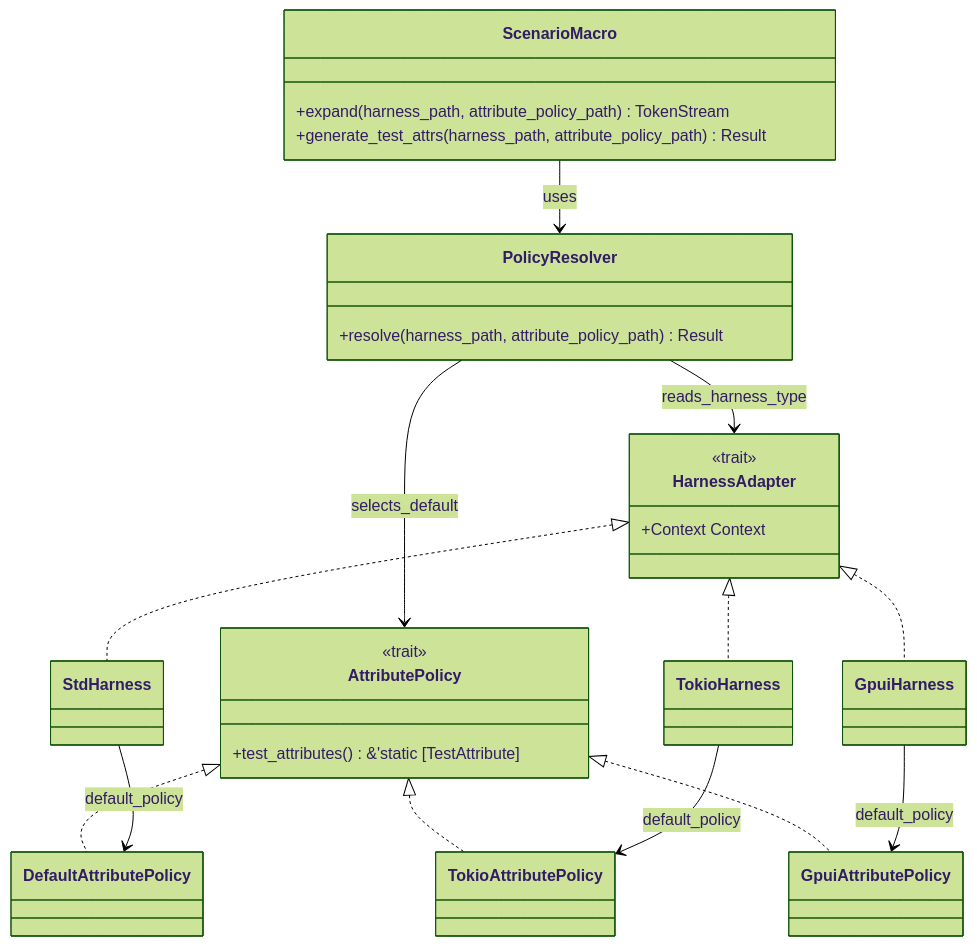
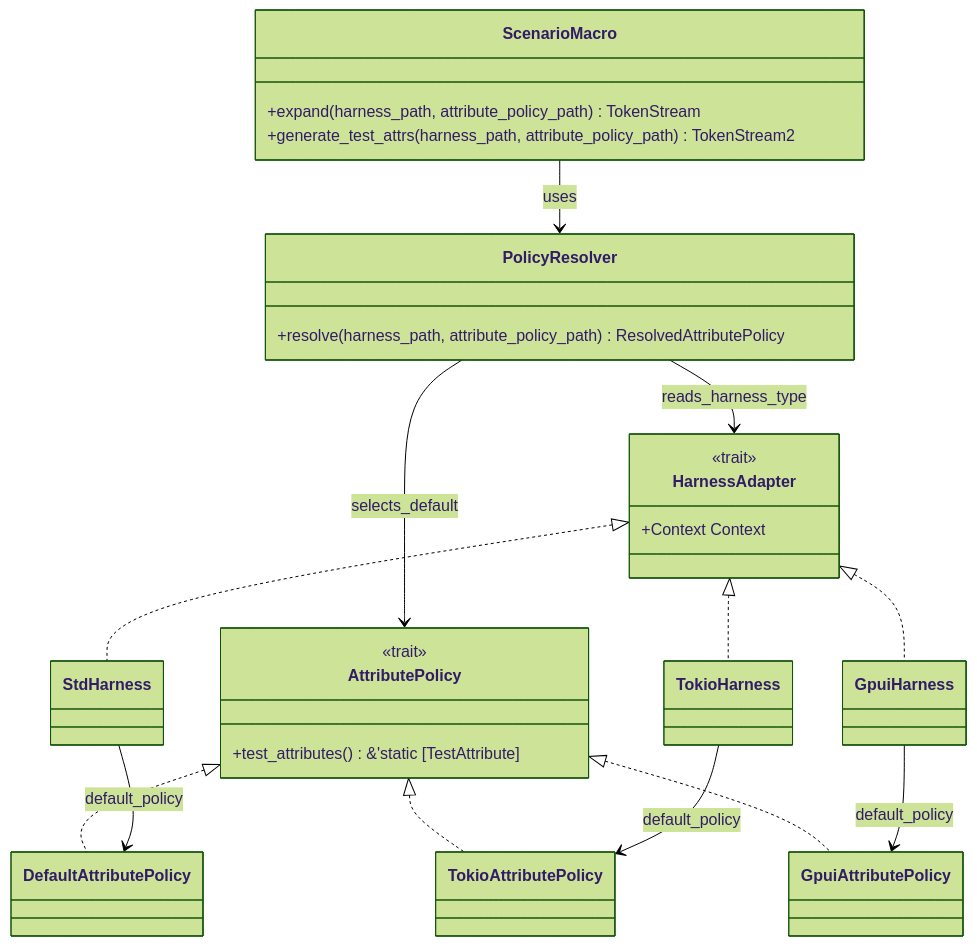
The diagram in docs/adr-008-harness-led-attribute-policy-defaults.md (leynos/rstest-bdd), drawn with Mermaid (forest theme) before and after one commit.

Commit message:
refactor(docs): update method return types in ADR
Clarified method return types in adr-008 to improve accuracy and understanding:
- PolicyResolver.resolve now returns ResolvedAttributePolicy
- ScenarioMacro.expand returns TokenStream
- ScenarioMacro.generate_test_attrs returns TokenStream2

````diff
--- a/docs/adr-008-harness-led-attribute-policy-defaults.md
+++ b/docs/adr-008-harness-led-attribute-policy-defaults.md
@@ -171,53 +171,53 @@
 ```mermaid
 classDiagram
 
 class HarnessAdapter {
   <<trait>>
   +Context Context
 }
 
 class AttributePolicy {
   <<trait>>
   +test_attributes() &'static [TestAttribute]
 }
 
 class StdHarness {
 }
 class TokioHarness {
 }
 class GpuiHarness {
 }
 
 class DefaultAttributePolicy {
 }
 class TokioAttributePolicy {
 }
 class GpuiAttributePolicy {
 }
 
 class PolicyResolver {
-  +resolve(harness_path, attribute_policy_path) Result
+  +resolve(harness_path, attribute_policy_path) ResolvedAttributePolicy
 }
 
 class ScenarioMacro {
   +expand(harness_path, attribute_policy_path) TokenStream
-  +generate_test_attrs(harness_path, attribute_policy_path) Result
+  +generate_test_attrs(harness_path, attribute_policy_path) TokenStream2
 }
 
 HarnessAdapter <|.. StdHarness
 HarnessAdapter <|.. TokioHarness
 HarnessAdapter <|.. GpuiHarness
 
 AttributePolicy <|.. DefaultAttributePolicy
 AttributePolicy <|.. TokioAttributePolicy
 AttributePolicy <|.. GpuiAttributePolicy
 
 ScenarioMacro --> PolicyResolver : uses
 
 PolicyResolver --> AttributePolicy : selects_default
 PolicyResolver --> HarnessAdapter : reads_harness_type
 
 StdHarness --> DefaultAttributePolicy : default_policy
 TokioHarness --> TokioAttributePolicy : default_policy
 GpuiHarness --> GpuiAttributePolicy : default_policy
 ```
````
